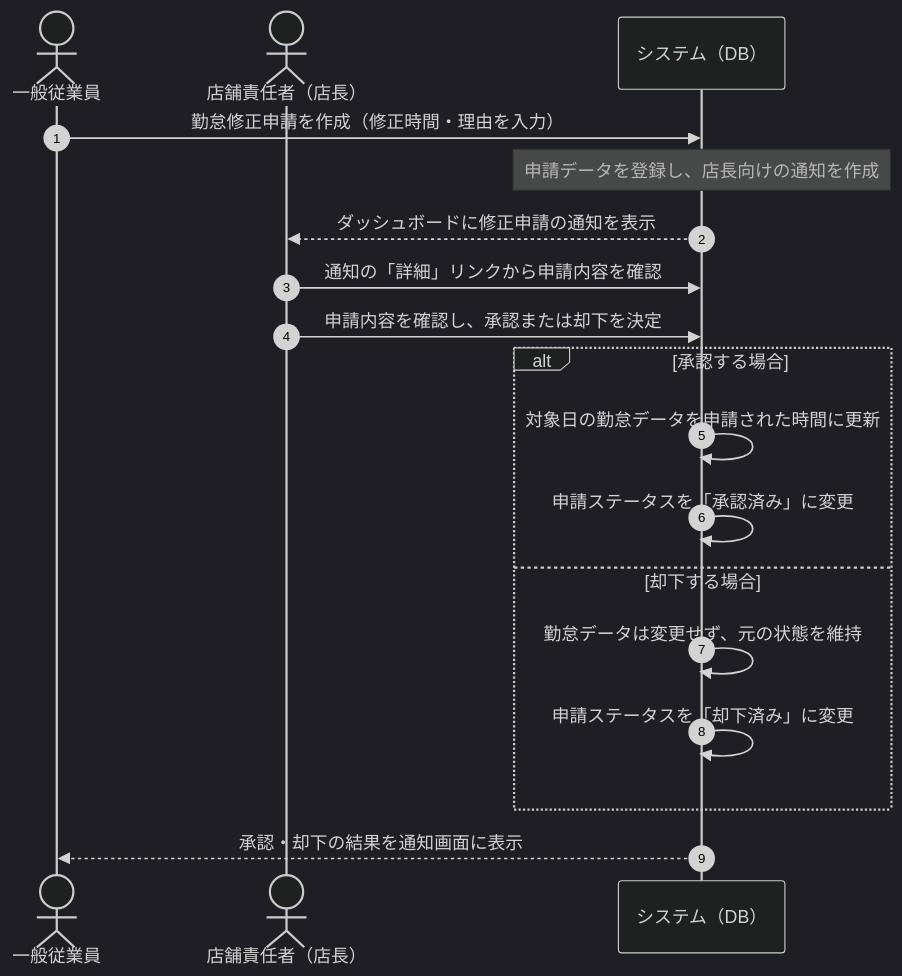
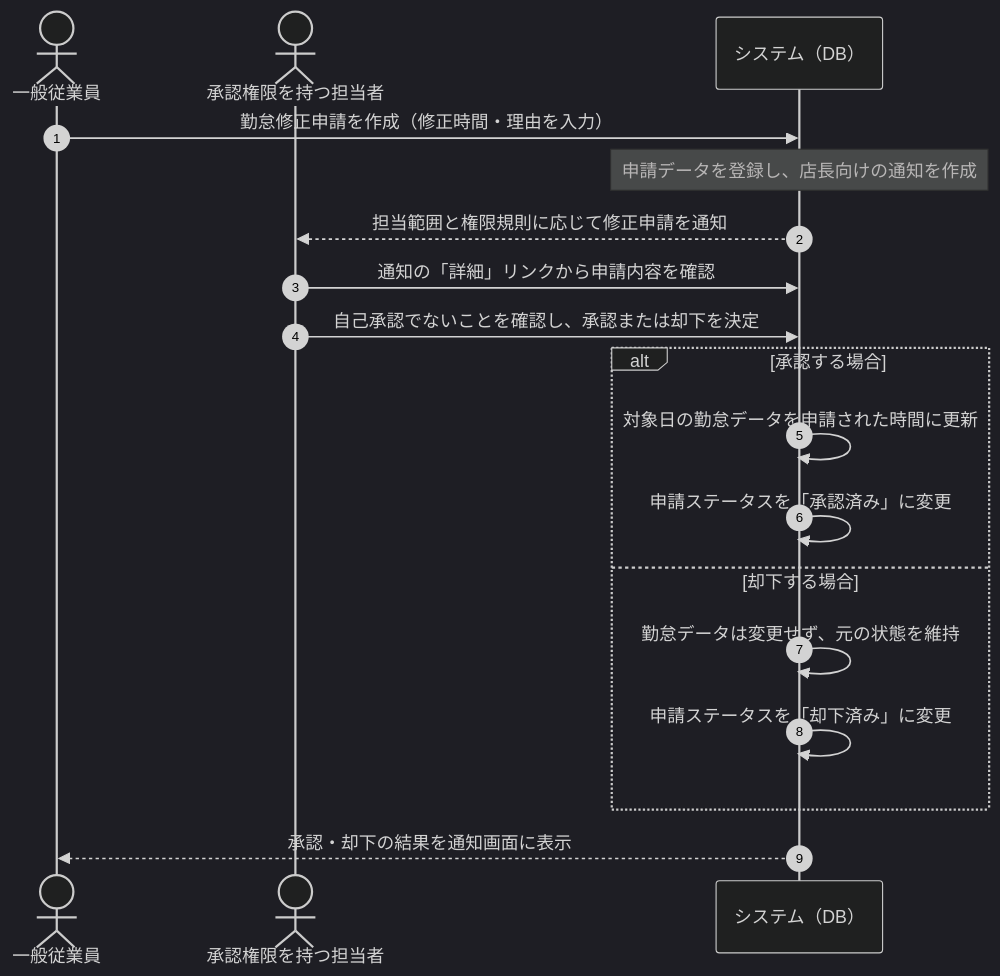
Before and after one commit to eritakara/employee-shift-management: the diagram in docs/requirements.md, drawn with Mermaid (dark theme). The commit also changed other lines of this file and 7 other files, not shown here.

````diff
--- a/docs/requirements.md
+++ b/docs/requirements.md
@@ -111,23 +111,23 @@
 ```mermaid
 sequenceDiagram
     autonumber
     actor EMP as 一般従業員
-    actor MGR as 店舗責任者（店長）
+    actor MGR as 承認権限を持つ担当者
     participant SYS as システム（DB）
 
     EMP->>SYS: 勤怠修正申請を作成（修正時間・理由を入力）
     Note over SYS: 申請データを登録し、店長向けの通知を作成
-    SYS-->>MGR: ダッシュボードに修正申請の通知を表示
+    SYS-->>MGR: 担当範囲と権限規則に応じて修正申請を通知
     MGR->>SYS: 通知の「詳細」リンクから申請内容を確認
-    MGR->>SYS: 申請内容を確認し、承認または却下を決定
+    MGR->>SYS: 自己承認でないことを確認し、承認または却下を決定
 
     alt 承認する場合
         SYS->>SYS: 対象日の勤怠データを申請された時間に更新
         SYS->>SYS: 申請ステータスを「承認済み」に変更
     else 却下する場合
         SYS->>SYS: 勤怠データは変更せず、元の状態を維持
         SYS->>SYS: 申請ステータスを「却下済み」に変更
     end
 
     SYS-->>EMP: 承認・却下の結果を通知画面に表示
 ```
````
